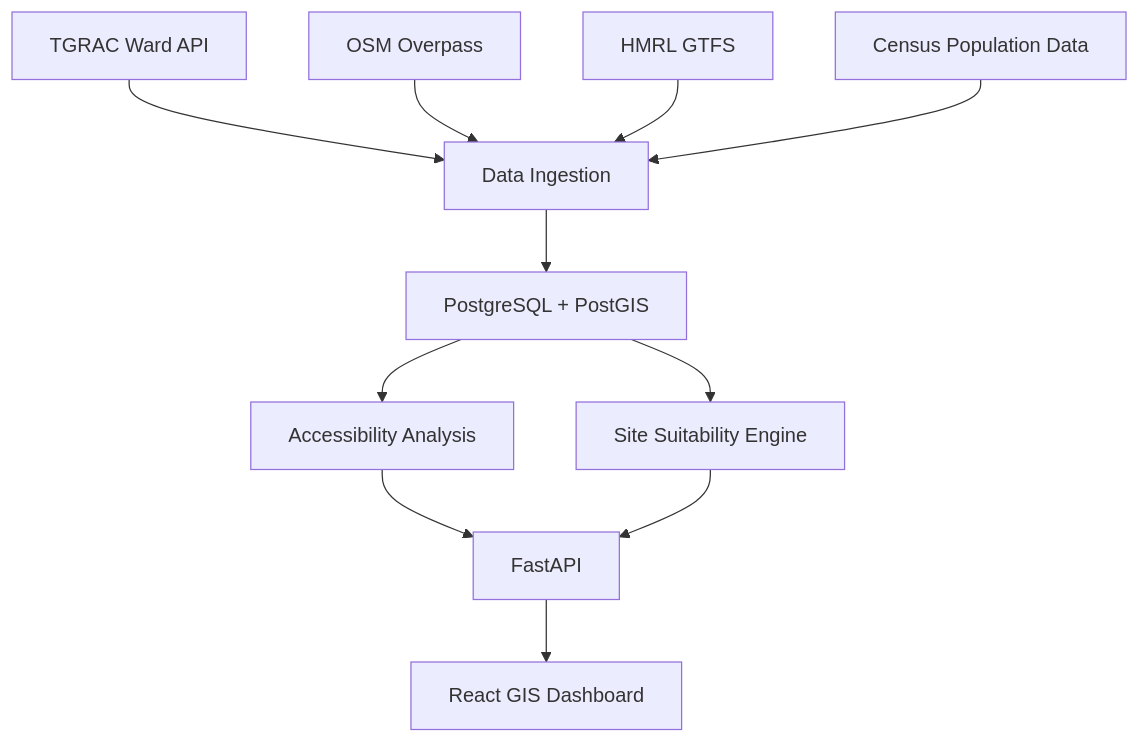
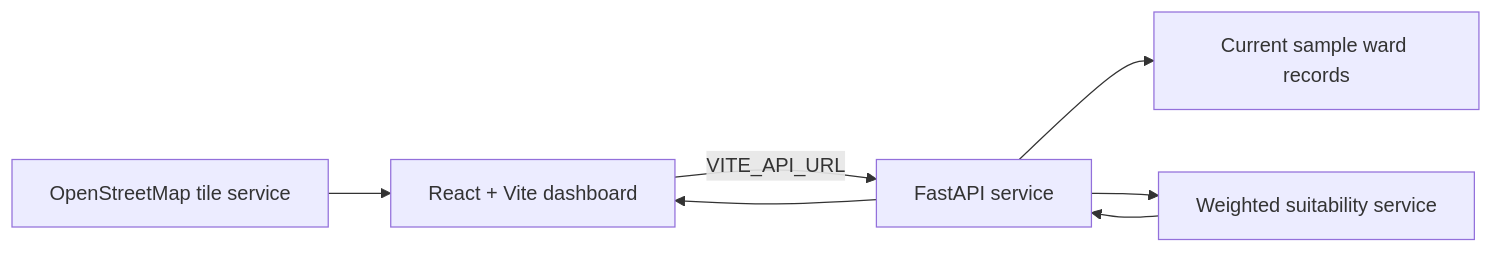
Before and after one commit to PoojithaYarava/multi-modal-geospatial-urban-planning-Hyderabad: the diagram in README.md, drawn with Mermaid. The commit also changed other lines of this file and 3 other files, not shown here.

````diff
--- a/README.md
+++ b/README.md
@@ -33,13 +41,9 @@
 ```mermaid
-flowchart TD
-    A[TGRAC Ward API] --> D[Data Ingestion]
-    B[OSM Overpass] --> D
-    C[HMRL GTFS] --> D
-    E[Census Population Data] --> D
-    D --> G[PostgreSQL + PostGIS]
-    G --> H[Accessibility Analysis]
-    G --> I[Site Suitability Engine]
-    H --> J[FastAPI]
-    I --> J
-    J --> K[React GIS Dashboard]
+flowchart LR
+    UI[React + Vite dashboard] -->|VITE_API_URL| API[FastAPI service]
+    API --> Wards[Current sample ward records]
+    API --> Scoring[Weighted suitability service]
+    Scoring --> API
+    API --> UI
+    Tiles[OpenStreetMap tile service] --> UI
 ```
````
